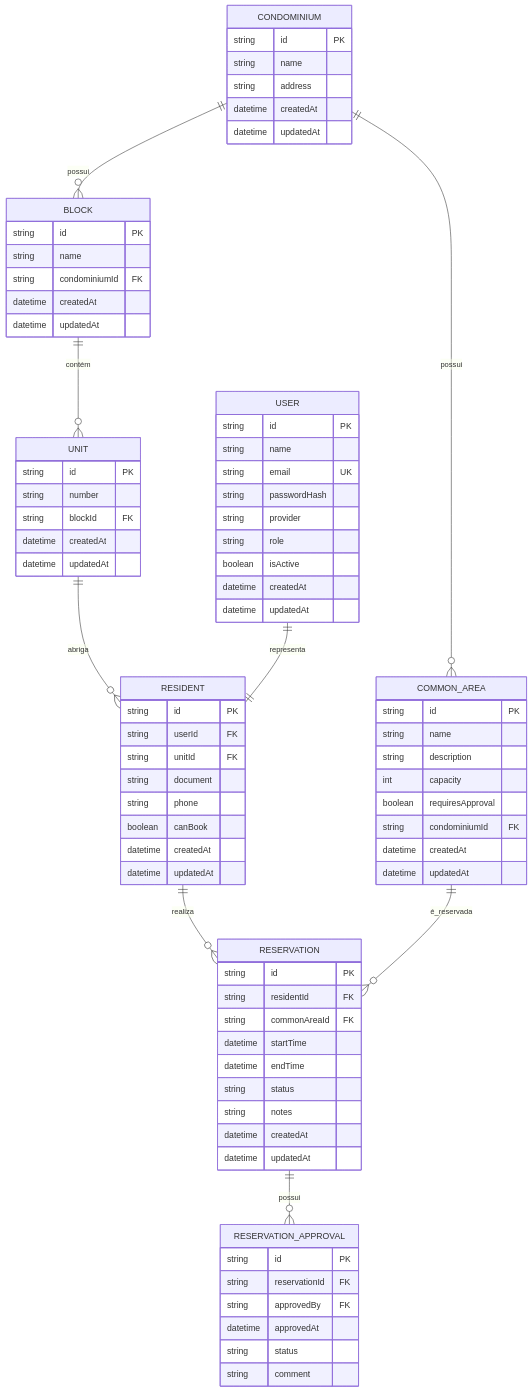
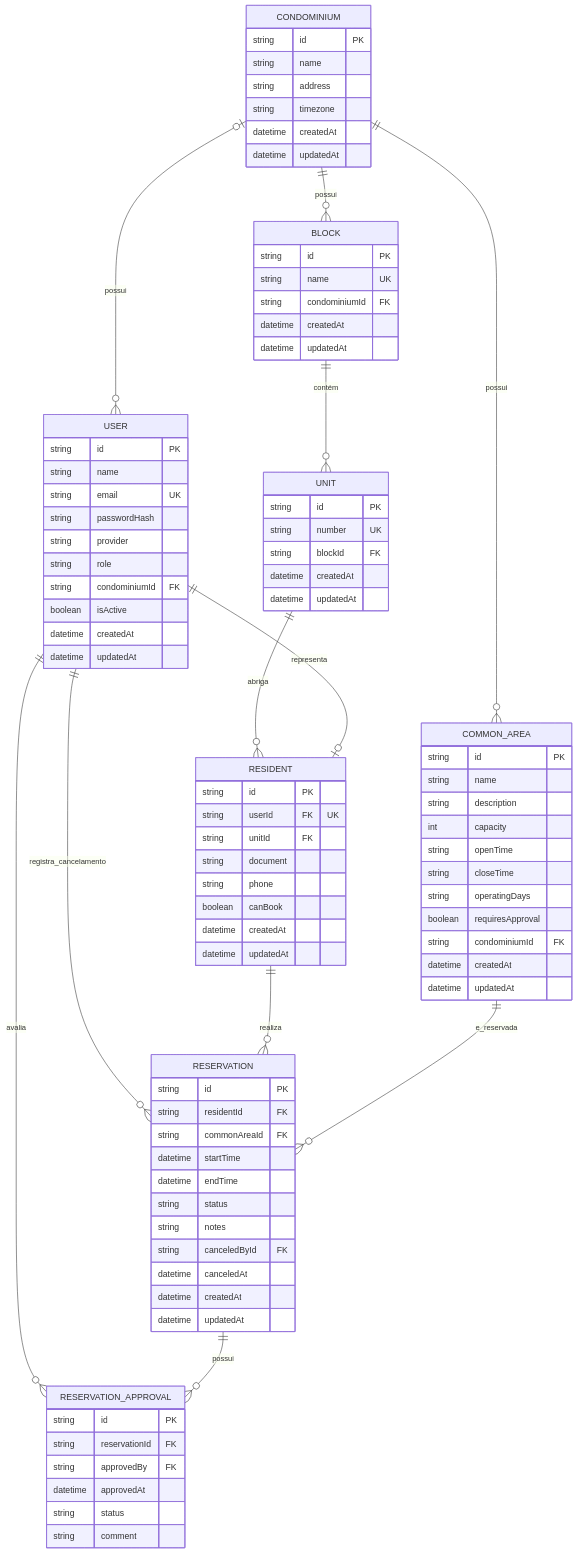
One commit to lucasgfaj/reserva-ai changed the diagram in docs/ssd.md. Above: the diagram before and after it, drawn with Mermaid. The commit also changed other lines of this file and 42 other files, not shown here.

````diff
--- a/docs/ssd.md
+++ b/docs/ssd.md
@@ -173,6 +180,7 @@
 ```mermaid
 erDiagram
 
+    CONDOMINIUM |o--o{ USER : possui
     CONDOMINIUM ||--o{ BLOCK : possui
     CONDOMINIUM ||--o{ COMMON_AREA : possui
 
@@ -180,10 +188,12 @@
 
     UNIT ||--o{ RESIDENT : abriga
 
-    USER ||--|| RESIDENT : representa
+    USER ||--|o RESIDENT : representa
+    USER ||--o{ RESERVATION_APPROVAL : avalia
+    USER ||--o{ RESERVATION : registra_cancelamento
     RESIDENT ||--o{ RESERVATION : realiza
 
-    COMMON_AREA ||--o{ RESERVATION : é_reservada
+    COMMON_AREA ||--o{ RESERVATION : e_reservada
     RESERVATION ||--o{ RESERVATION_APPROVAL : possui
 
     USER {
@@ -193,6 +203,7 @@
         string passwordHash
         string provider
         string role
+        string condominiumId FK
         boolean isActive
         datetime createdAt
         datetime updatedAt
@@ -202,13 +213,14 @@
         string id PK
         string name
         string address
+        string timezone
         datetime createdAt
         datetime updatedAt
     }
 
     BLOCK {
         string id PK
-        string name
+        string name UK
         string condominiumId FK
         datetime createdAt
         datetime updatedAt
@@ -216,7 +228,7 @@
 
     UNIT {
         string id PK
-        string number
+        string number UK
         string blockId FK
         datetime createdAt
         datetime updatedAt
@@ -224,7 +236,7 @@
 
     RESIDENT {
         string id PK
-        string userId FK
+        string userId FK "UK"
         string unitId FK
         string document
         string phone
@@ -238,6 +250,9 @@
         string name
         string description
         int capacity
+        string openTime
+        string closeTime
+        string operatingDays
         boolean requiresApproval
         string condominiumId FK
         datetime createdAt
@@ -252,6 +267,8 @@
         datetime endTime
         string status
         string notes
+        string canceledById FK
+        datetime canceledAt
         datetime createdAt
         datetime updatedAt
     }
````
